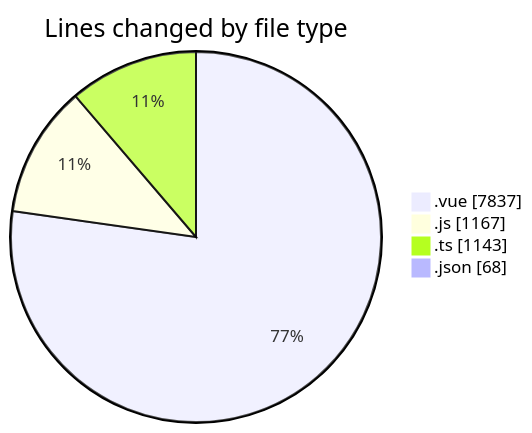
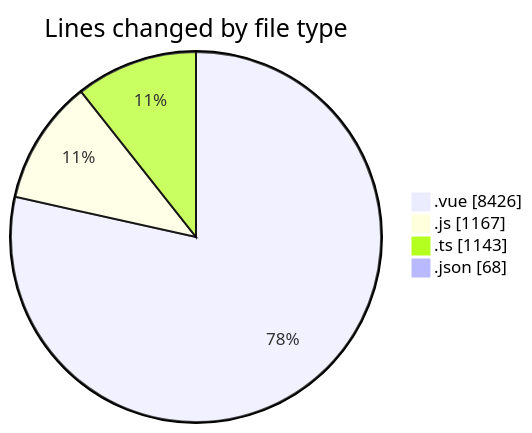
Before and after one commit to lephambinh05/code-tracking: the first of 2 diagrams in 2025-08-12/rentotp/README.md, drawn with Mermaid. The commit also changed other lines of this file and 1 other file, not shown here.

````diff
--- a/2025-08-12/rentotp/README.md
+++ b/2025-08-12/rentotp/README.md
@@ -48,8 +48,8 @@
 ```mermaid
 pie showData
 title Lines changed by file type
-".vue" : 7837
+".vue" : 8426
 ".js" : 1167
 ".ts" : 1143
 ".json" : 68
 ```
````
